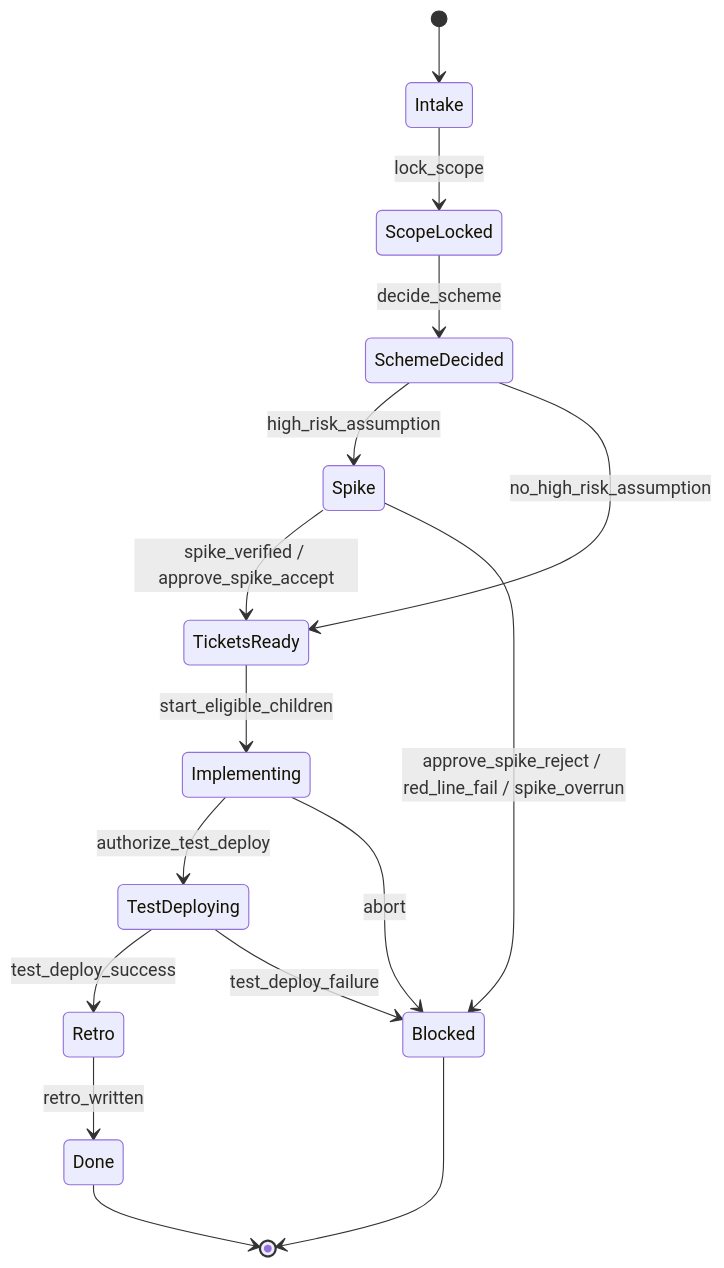
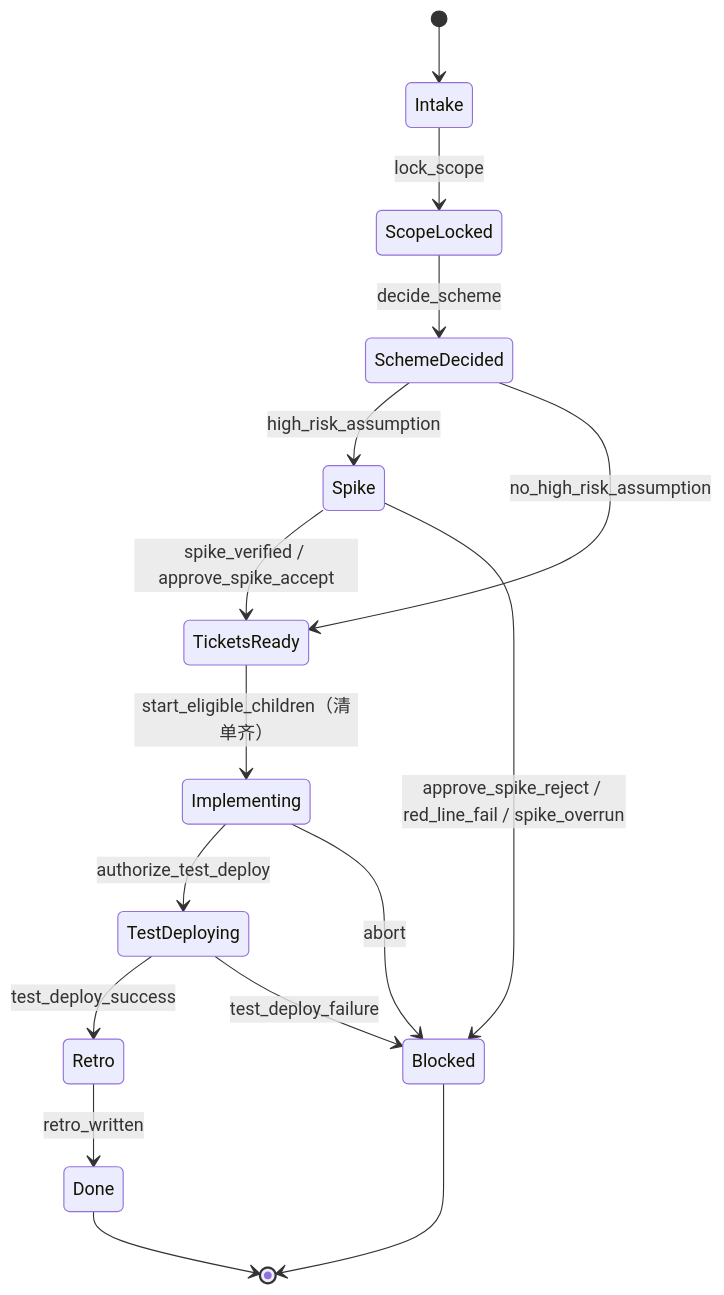
The first of 2 diagrams in docs/architecture/dev-pipeline.md (JoeSmile/dev-pipeline), drawn with Mermaid before and after one commit. The commit also changed other lines of this file and 35 other files, not shown here.

````diff
--- a/docs/architecture/dev-pipeline.md
+++ b/docs/architecture/dev-pipeline.md
@@ -13,18 +13,18 @@
 ```mermaid
 stateDiagram-v2
     [*] --> Intake
     Intake --> ScopeLocked: lock_scope
     ScopeLocked --> SchemeDecided: decide_scheme
     SchemeDecided --> Spike: high_risk_assumption
     SchemeDecided --> TicketsReady: no_high_risk_assumption
     Spike --> TicketsReady: spike_verified / approve_spike_accept
     Spike --> Blocked: approve_spike_reject / red_line_fail / spike_overrun
-    TicketsReady --> Implementing: start_eligible_children
+    TicketsReady --> Implementing: start_eligible_children（清单齐）
     Implementing --> TestDeploying: authorize_test_deploy
     TestDeploying --> Retro: test_deploy_success
     TestDeploying --> Blocked: test_deploy_failure
     Retro --> Done: retro_written
     Implementing --> Blocked: abort
     Blocked --> [*]
     Done --> [*]
 ```
````
